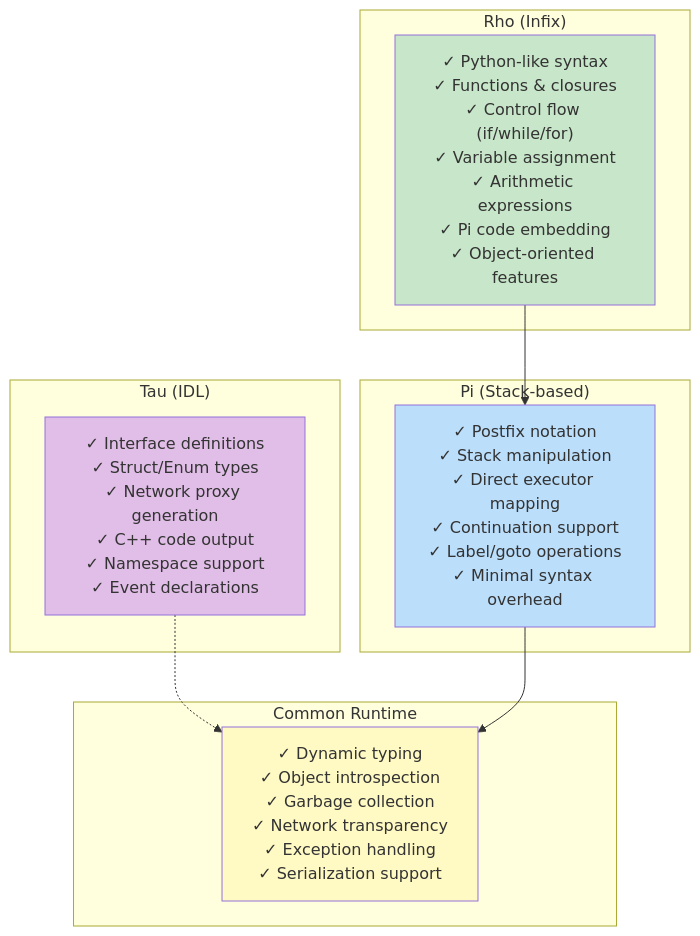
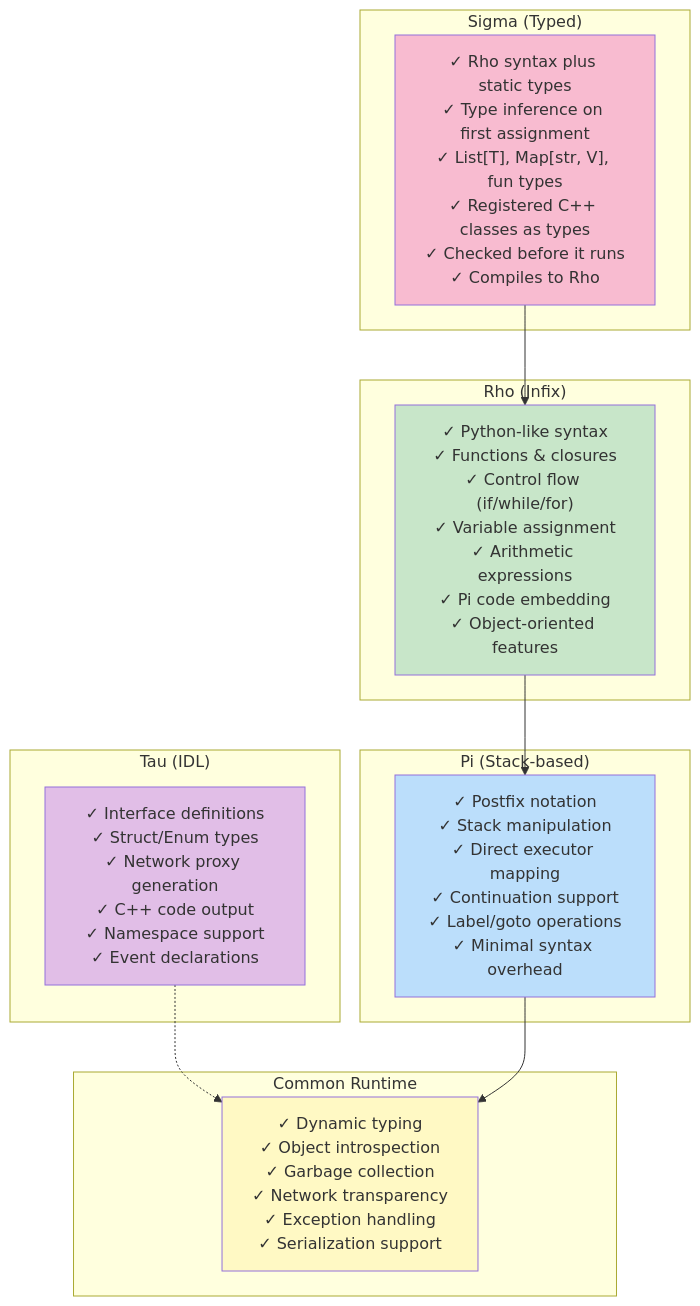
The third of 5 diagrams in resources/diagrams/language-system-architecture.md (cschladetsch/CppKAI), drawn with Mermaid before and after one commit. The commit also changed other lines of this file and 23 other files, not shown here.

````diff
--- a/resources/diagrams/language-system-architecture.md
+++ b/resources/diagrams/language-system-architecture.md
@@ -82,27 +89,33 @@
 ```mermaid
 graph TB
     subgraph "Tau (IDL)"
         TAU_FEATURES["✓ Interface definitions<br/>✓ Struct/Enum types<br/>✓ Network proxy generation<br/>✓ C++ code output<br/>✓ Namespace support<br/>✓ Event declarations"]
+    end
+    
+    subgraph "Sigma (Typed)"
+        SIG_FEATURES["✓ Rho syntax plus static types<br/>✓ Type inference on first assignment<br/>✓ List[T], Map[str, V], fun types<br/>✓ Registered C++ classes as types<br/>✓ Checked before it runs<br/>✓ Compiles to Rho"]
     end
     
     subgraph "Rho (Infix)"
         RHO_FEATURES["✓ Python-like syntax<br/>✓ Functions & closures<br/>✓ Control flow (if/while/for)<br/>✓ Variable assignment<br/>✓ Arithmetic expressions<br/>✓ Pi code embedding<br/>✓ Object-oriented features"]
     end
     
     subgraph "Pi (Stack-based)"
         PI_FEATURES["✓ Postfix notation<br/>✓ Stack manipulation<br/>✓ Direct executor mapping<br/>✓ Continuation support<br/>✓ Label/goto operations<br/>✓ Minimal syntax overhead"]
     end
     
     subgraph "Common Runtime"
         COMMON["✓ Dynamic typing<br/>✓ Object introspection<br/>✓ Garbage collection<br/>✓ Network transparency<br/>✓ Exception handling<br/>✓ Serialization support"]
     end
     
     TAU_FEATURES -.-> COMMON
+    SIG_FEATURES --> RHO_FEATURES
     RHO_FEATURES --> PI_FEATURES
     PI_FEATURES --> COMMON
     
     style TAU_FEATURES fill:#e1bee7
+    style SIG_FEATURES fill:#f8bbd0
     style RHO_FEATURES fill:#c8e6c9  
     style PI_FEATURES fill:#bbdefb
     style COMMON fill:#fff9c4
 ```
````
